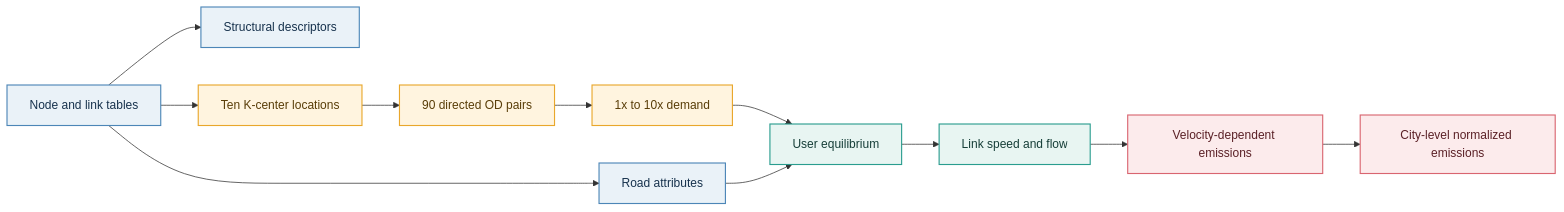
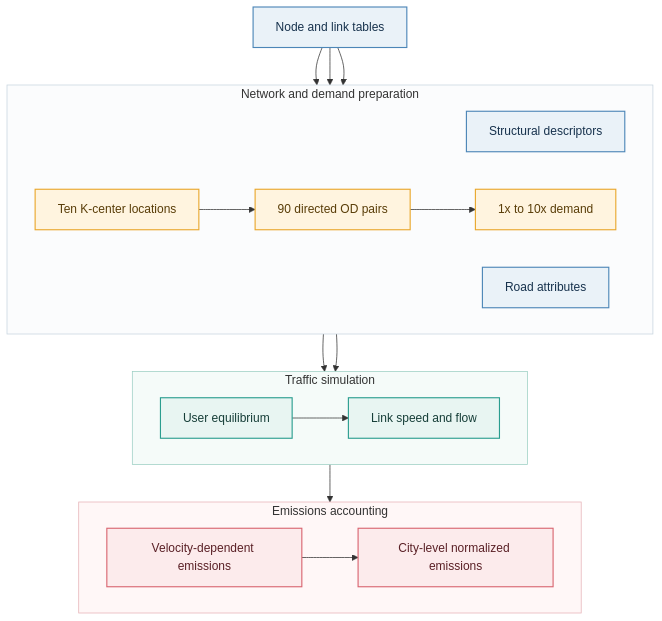
One commit to WaNgzh1rUi0413/road-network-decarbonization changed the second of 3 diagrams in README.md. Above: the diagram before and after it, drawn with Mermaid. The commit also changed other lines of this file, not shown here.

Commit message:
Improve README figure and workflow layouts

````diff
--- a/README.md
+++ b/README.md
@@ -237,22 +245,44 @@
 ```mermaid
-flowchart LR
-    A["Node and link tables"] --> B["Structural descriptors"]
-    A --> C["Ten K-center locations"]
-    C --> D["90 directed OD pairs"]
-    D --> E["1x to 10x demand"]
-    A --> F["Road attributes"]
-    E --> G["User equilibrium"]
+flowchart TB
+    A["Node and link tables"]
+
+    subgraph PREP[Network and demand preparation]
+        direction LR
+        B["Structural descriptors"]
+        C["Ten K-center locations"]
+        D["90 directed OD pairs"]
+        E["1x to 10x demand"]
+        F["Road attributes"]
+    end
+
+    subgraph SIM[Traffic simulation]
+        direction LR
+        G["User equilibrium"]
+        H["Link speed and flow"]
+    end
+
+    subgraph CARBON[Emissions accounting]
+        direction LR
+        I["Velocity-dependent emissions"]
+        J["City-level normalized emissions"]
+    end
+
+    A --> B
+    A --> C --> D --> E
+    A --> F
+    E --> G
     F --> G
-    G --> H["Link speed and flow"]
-    H --> I["Velocity-dependent emissions"]
-    I --> J["City-level normalized emissions"]
+    G --> H --> I --> J
 
     classDef source fill:#EAF2F8,stroke:#4C86B7,color:#17324D,stroke-width:1.5px;
     classDef demand fill:#FFF4DF,stroke:#E9A72C,color:#593D08,stroke-width:1.5px;
     classDef assignment fill:#E8F5F2,stroke:#2A9D8F,color:#163E38,stroke-width:1.5px;
     classDef emissions fill:#FCEBEC,stroke:#D96570,color:#5A2026,stroke-width:1.5px;
     class A,B,F source;
     class C,D,E demand;
     class G,H assignment;
     class I,J emissions;
+    style PREP fill:#FBFCFD,stroke:#C7D4DE,stroke-width:1px
+    style SIM fill:#F5FBF9,stroke:#9CCFC4,stroke-width:1px
+    style CARBON fill:#FFF7F7,stroke:#E6B2B7,stroke-width:1px
 ```
````
